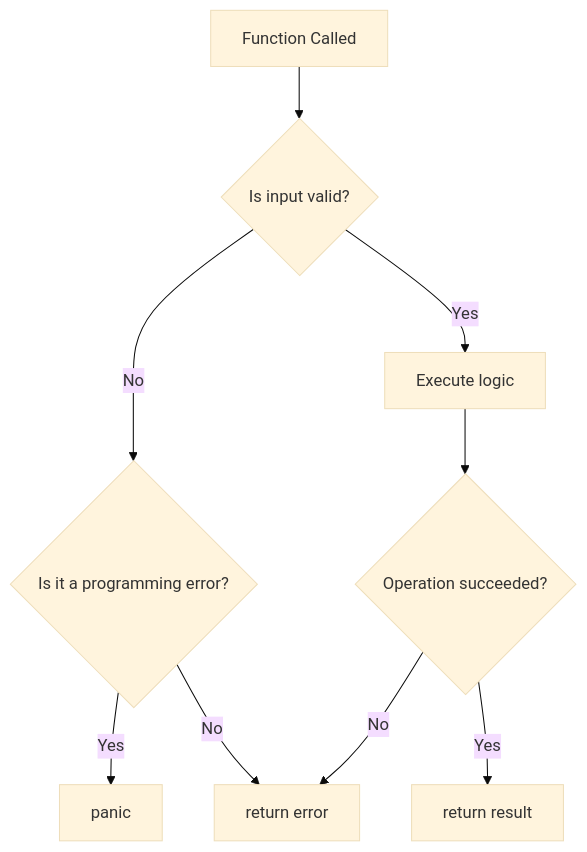
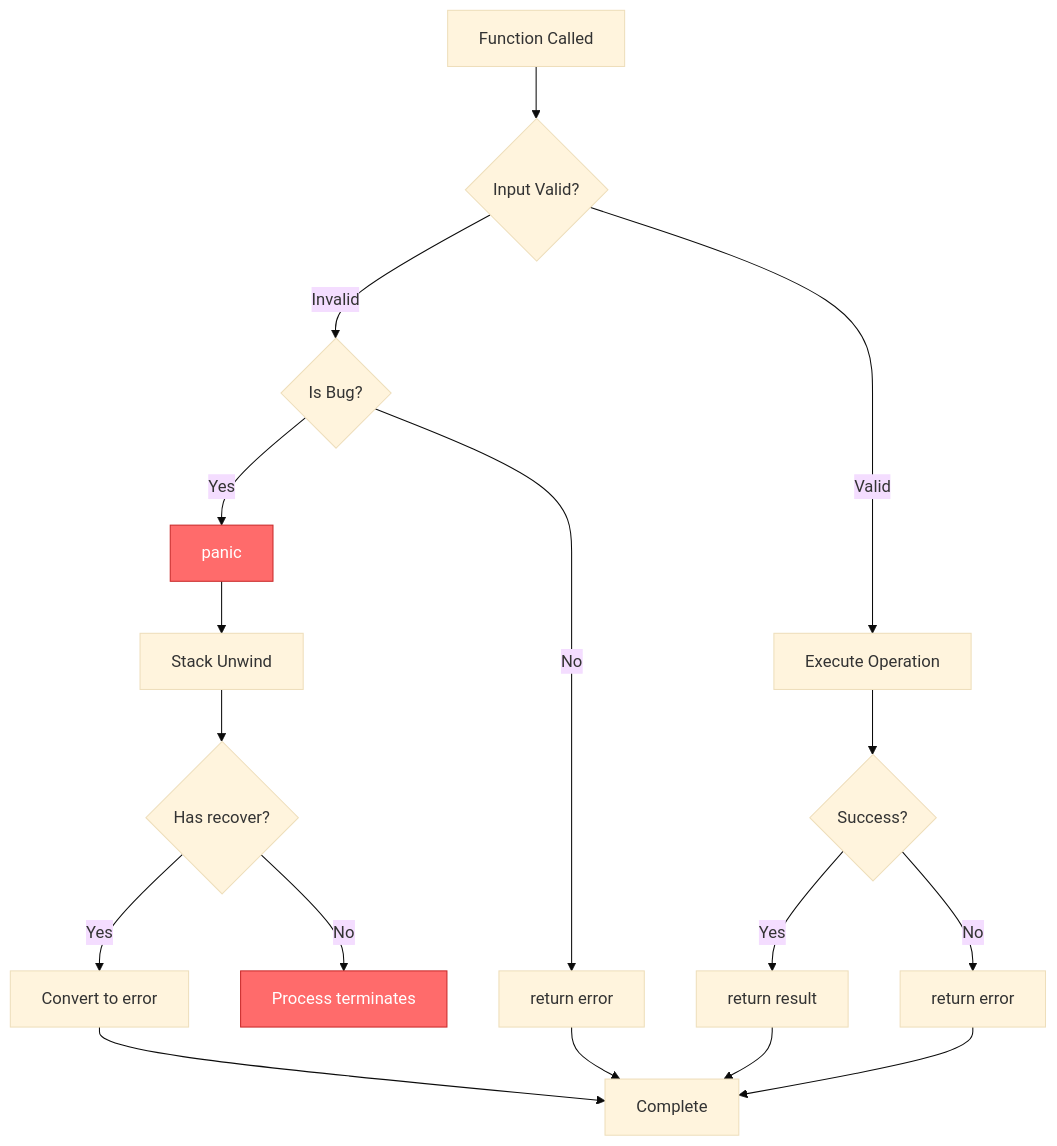
The second of 2 diagrams in Software Engineering/Go Engineering/01 - Go Fundamentals/05 - Error Handling and Panic Recovery.md (Leito2/Learning), drawn with Mermaid (base theme) before and after one commit. The commit also changed other lines of this file and 10 other files, not shown here.

Commit message:
feat: improve Go Fundamentals with deeper theory, ASCII diagrams, ML context (4179 lines total)

````diff
--- a/Software Engineering/Go Engineering/01 - Go Fundamentals/05 - Error Handling and Panic Recovery.md
+++ b/Software Engineering/Go Engineering/01 - Go Fundamentals/05 - Error Handling and Panic Recovery.md
@@ -110,11 +323,22 @@
 ```mermaid
 flowchart TD
-    A[Function Called] --> B{Is input valid?}
-    B -->|No| C{Is it a programming error?}
-    B -->|Yes| D[Execute logic]
+    A[Function Called] --> B{Input Valid?}
+    B -->|Invalid| C{Is Bug?}
+    B -->|Valid| D[Execute Operation]
     C -->|Yes| E[panic]
     C -->|No| F[return error]
-    D --> G{Operation succeeded?}
+    D --> G{Success?}
     G -->|Yes| H[return result]
-    G -->|No| F
+    G -->|No| I[return error]
+    E --> J[Stack Unwind]
+    J --> K{Has recover?}
+    K -->|Yes| L[Convert to error]
+    K -->|No| M[Process terminates]
+    H --> N[Complete]
+    F --> N
+    I --> N
+    L --> N
+    
+    style E fill:#ff6b6b,stroke:#c92a2a,color:#fff
+    style M fill:#ff6b6b,stroke:#c92a2a,color:#fff
 ```
````
